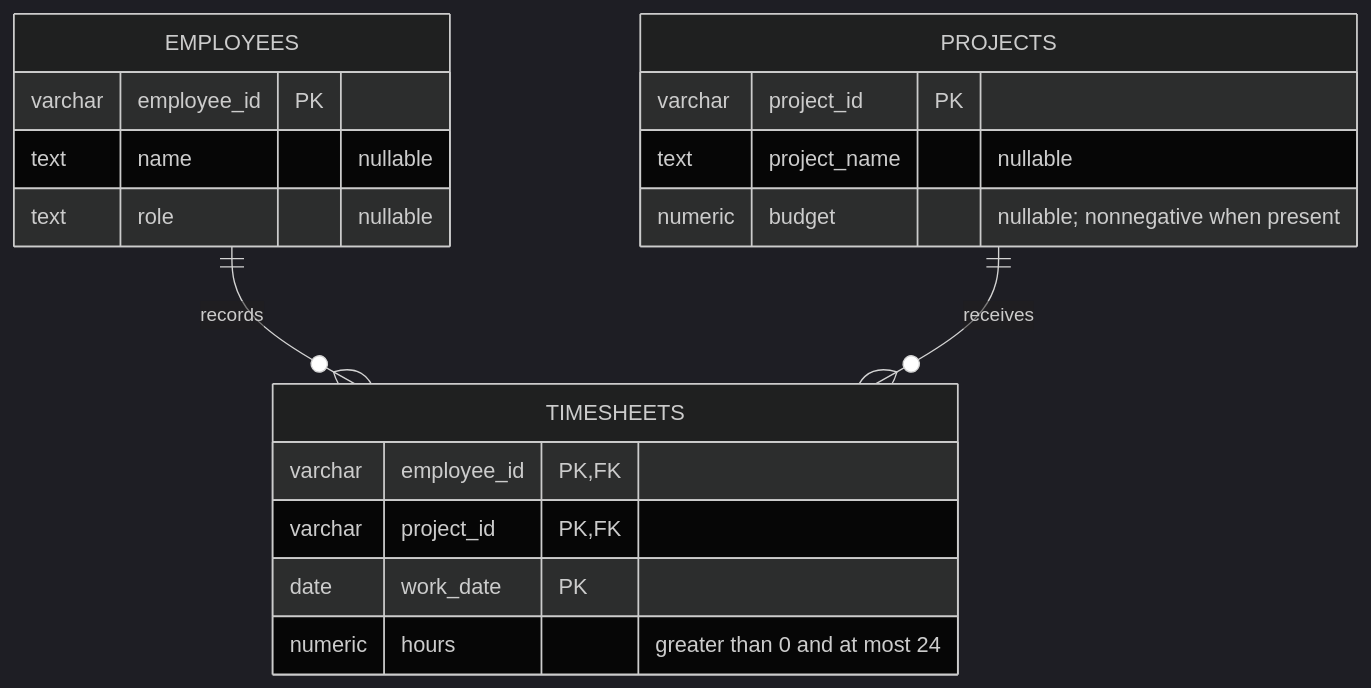
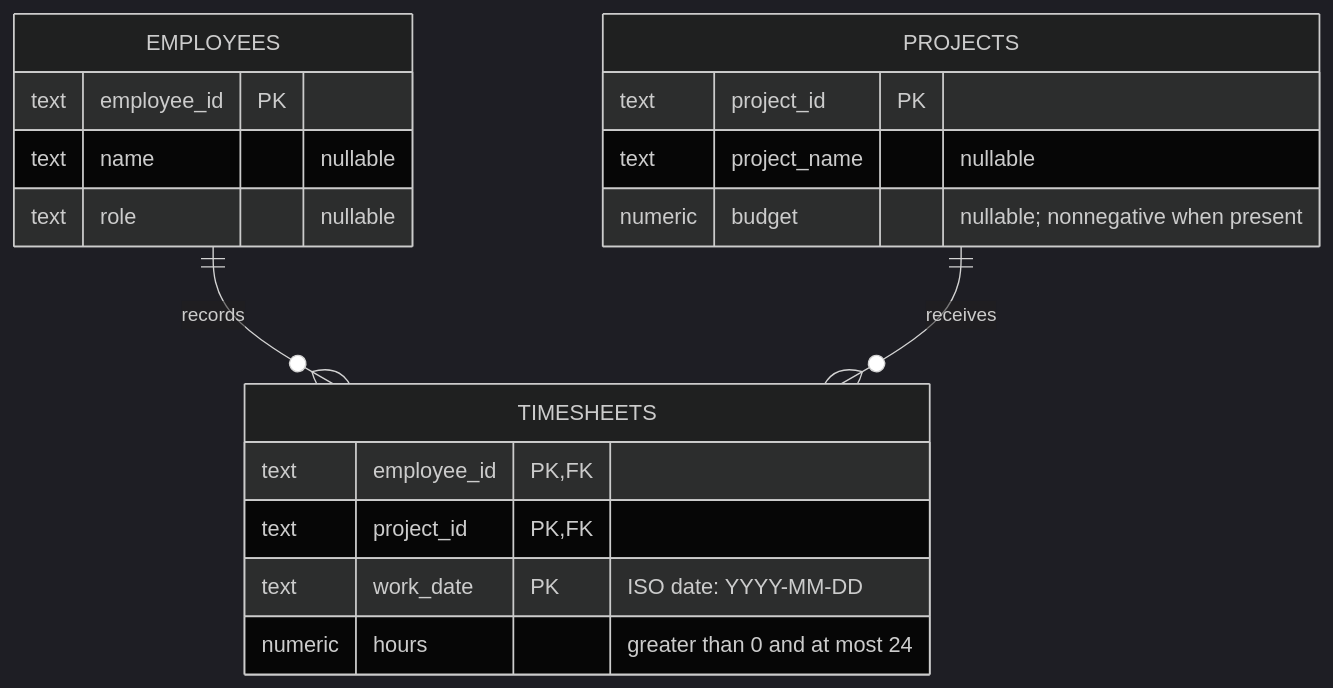
Before and after one commit to iraklisp98/alma_pipeline: the second of 2 diagrams in diagram.md, drawn with Mermaid (dark theme). The commit also changed other lines of this file and 2 other files, not shown here.

Commit message:
update docs for compatibility

````diff
--- a/diagram.md
+++ b/diagram.md
@@ -43,24 +43,24 @@
 ```mermaid
 erDiagram
     EMPLOYEES ||--o{ TIMESHEETS : records
     PROJECTS ||--o{ TIMESHEETS : receives
 
     EMPLOYEES {
-        varchar employee_id PK
+        text employee_id PK
         text name "nullable"
         text role "nullable"
     }
 
     PROJECTS {
-        varchar project_id PK
+        text project_id PK
         text project_name "nullable"
         numeric budget "nullable; nonnegative when present"
     }
 
     TIMESHEETS {
-        varchar employee_id PK, FK
-        varchar project_id PK, FK
-        date work_date PK
+        text employee_id PK, FK
+        text project_id PK, FK
+        text work_date PK "ISO date: YYYY-MM-DD"
         numeric hours "greater than 0 and at most 24"
     }
 ```
````
